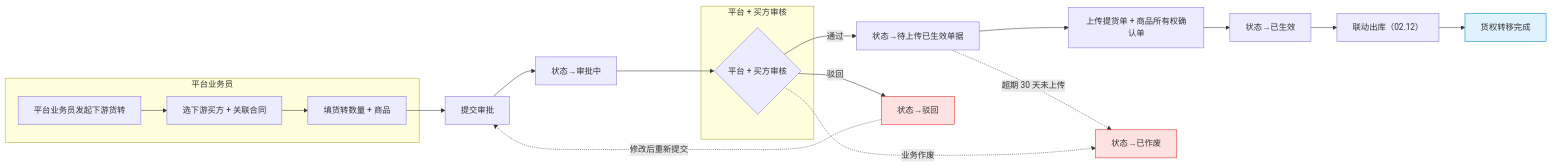
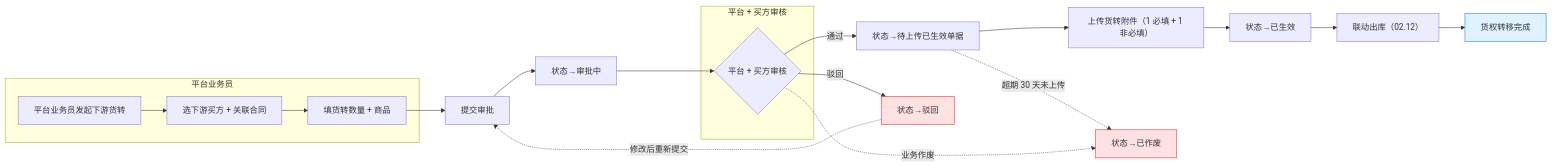
The second of 5 diagrams in docs-v2/02.07-货转管理.md (Ummyue/gyt-admin), drawn with Mermaid before and after one commit. The commit also changed other lines of this file and 40 other files, not shown here.

````diff
--- a/docs-v2/02.07-货转管理.md
+++ b/docs-v2/02.07-货转管理.md
@@ -200,23 +218,23 @@
 ```mermaid
 flowchart LR
     subgraph SALES["平台业务员"]
         A["平台业务员发起下游货转"] --> B["选下游买方 + 关联合同"] --> C["填货转数量 + 商品"]
     end
     subgraph PLATFORM["平台 + 买方审核"]
         F{"平台 + 买方审核"}
     end
     C --> D["提交审批"] --> E["状态→审批中"] --> F
     F -->|通过| G["状态→待上传已生效单据"]
     F -->|驳回| H["状态→驳回"]
-    G --> I["上传提货单 + 商品所有权确认单"] --> J["状态→已生效"]
+    G --> I["上传货转附件（1 必填 + 1 非必填）"] --> J["状态→已生效"]
     J --> K["联动出库（02.12）"]
     H -.->|修改后重新提交| D
     G -.->|超期 30 天未上传| L["状态→已作废"]
     F -.->|业务作废| L
     K --> end_eff["货权转移完成"]
 
     classDef danger fill:#fee2e2,stroke:#dc2626
     classDef endnode fill:#e0f2fe,stroke:#0284c7
     class H,L danger
     class end_eff endnode
 ```
````
